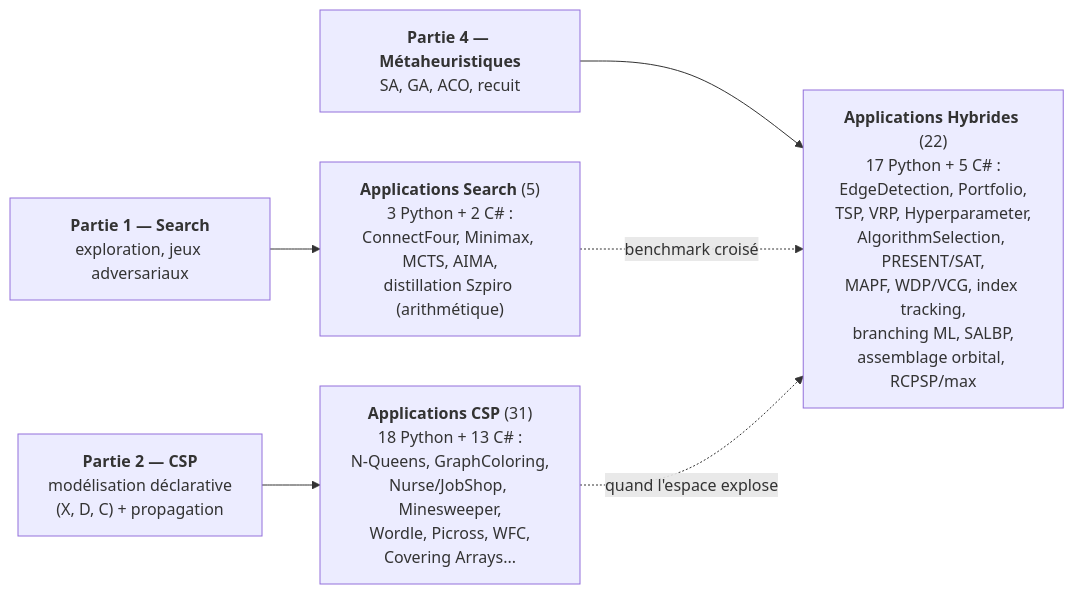
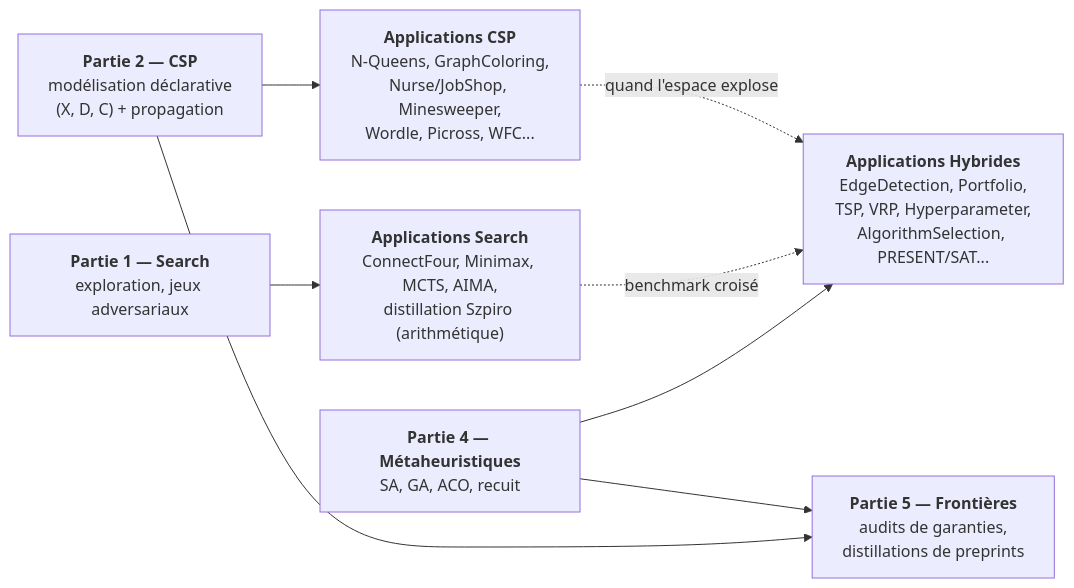
Before and after one commit to jsboige/CoursIA: the diagram in MyIA.AI.Notebooks/Search/Applications/README.md, drawn with Mermaid. The commit also changed other lines of this file and 31 other files, not shown here.

````diff
--- a/MyIA.AI.Notebooks/Search/Applications/README.md
+++ b/MyIA.AI.Notebooks/Search/Applications/README.md
@@ -39,14 +39,17 @@
 ```mermaid
 flowchart LR
     P1["<b>Partie 1 — Search</b><br/>exploration, jeux adversariaux"]
     P2["<b>Partie 2 — CSP</b><br/>modélisation déclarative<br/>(X, D, C) + propagation"]
     P4["<b>Partie 4 — Métaheuristiques</b><br/>SA, GA, ACO, recuit"]
-    S["<b>Applications Search</b> (5)<br/>3 Python + 2 C# :<br/>ConnectFour, Minimax, MCTS, AIMA,<br/>distillation Szpiro (arithmétique)"]
-    C["<b>Applications CSP</b> (31)<br/>18 Python + 13 C# :<br/>N-Queens, GraphColoring,<br/>Nurse/JobShop, Minesweeper,<br/>Wordle, Picross, WFC,<br/>Covering Arrays..."]
-    H["<b>Applications Hybrides</b> (22)<br/>17 Python + 5 C# :<br/>EdgeDetection, Portfolio,<br/>TSP, VRP, Hyperparameter,<br/>AlgorithmSelection, PRESENT/SAT,<br/>MAPF, WDP/VCG, index tracking,<br/>branching ML, SALBP,<br/>assemblage orbital, RCPSP/max"]
+    S["<b>Applications Search</b><br/>ConnectFour, Minimax, MCTS, AIMA,<br/>distillation Szpiro (arithmétique)"]
+    C["<b>Applications CSP</b><br/>N-Queens, GraphColoring,<br/>Nurse/JobShop, Minesweeper,<br/>Wordle, Picross, WFC..."]
+    H["<b>Applications Hybrides</b><br/>EdgeDetection, Portfolio,<br/>TSP, VRP, Hyperparameter,<br/>AlgorithmSelection, PRESENT/SAT..."]
     P1 --> S
     P2 --> C
     P4 --> H
+    R["<b>Partie 5 — Frontières</b><br/>audits de garanties,<br/>distillations de preprints"]
+    P2 --> R
+    P4 --> R
     S -.->|"benchmark croisé"| H
     C -.->|"quand l'espace explose"| H
 ```
````
